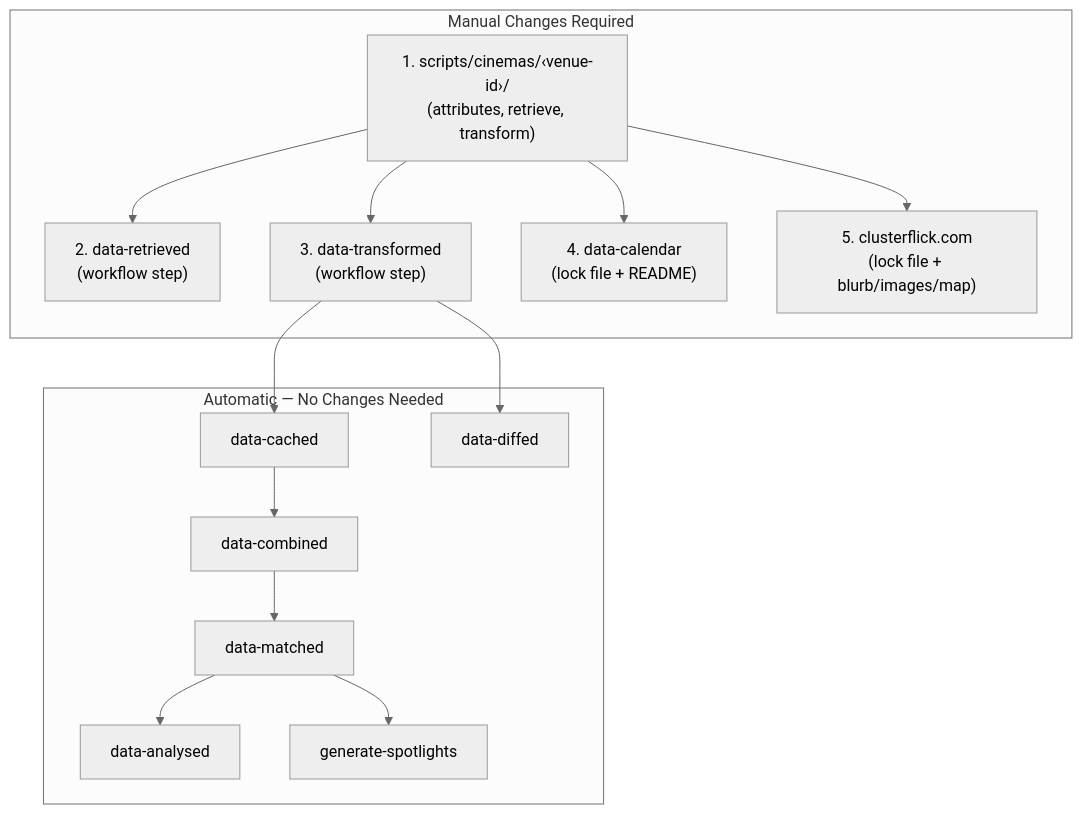
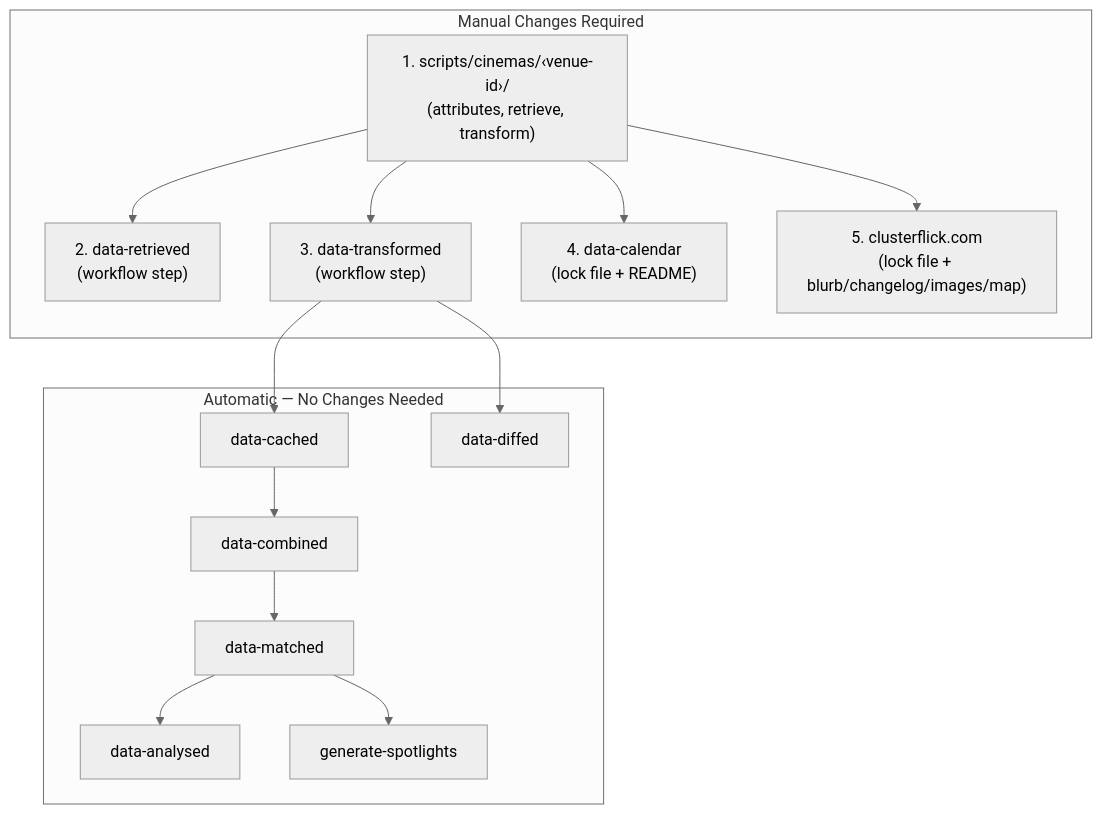
Before and after one commit to clusterflick/scripts: the diagram in docs/adding-a-venue.md, drawn with Mermaid (neutral theme). The commit also changed other lines of this file, not shown here.

````diff
--- a/docs/adding-a-venue.md
+++ b/docs/adding-a-venue.md
@@ -9,27 +9,27 @@
 ```mermaid
 flowchart TD
     subgraph "Manual Changes Required"
         A["1. scripts/cinemas/‹venue-id›/\n(attributes, retrieve, transform)"]
         B["2. data-retrieved\n(workflow step)"]
         C["3. data-transformed\n(workflow step)"]
         D["4. data-calendar\n(lock file + README)"]
-        E["5. clusterflick.com\n(lock file + blurb/images/map)"]
+        E["5. clusterflick.com\n(lock file + blurb/changelog/images/map)"]
     end
 
     subgraph "Automatic — No Changes Needed"
         F[data-combined]
         G[data-matched]
         H[data-analysed]
         I[generate-spotlights]
         J[data-cached]
         K[data-diffed]
     end
 
     A --> B
     A --> C
     A --> D
     A --> E
     C --> J --> F --> G --> H
     C --> K
     G --> I
 ```
````
